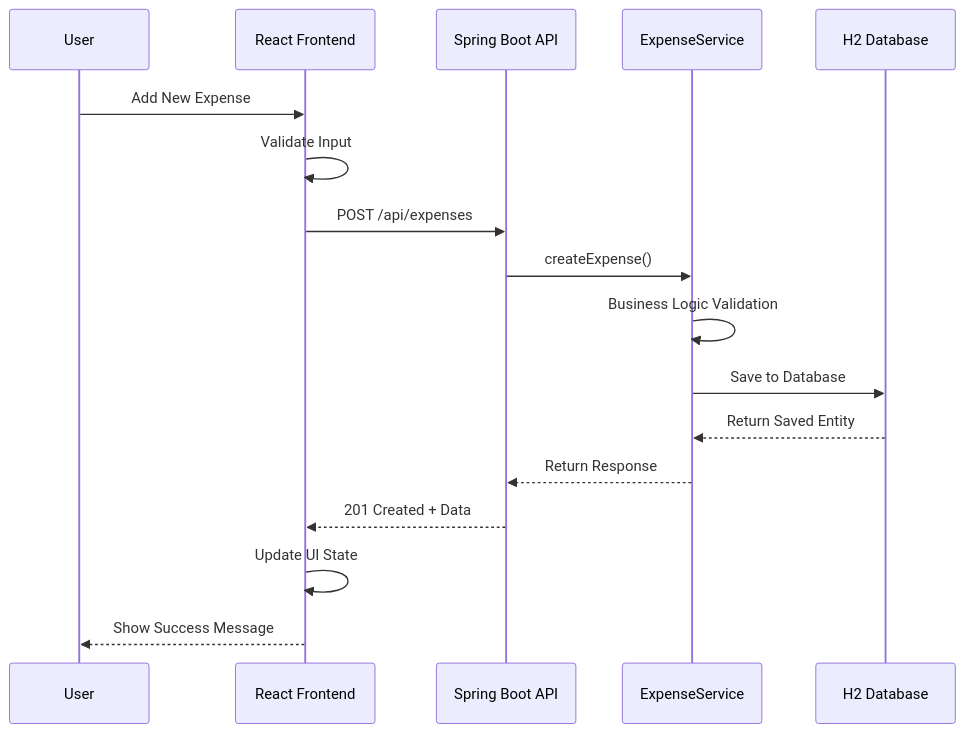
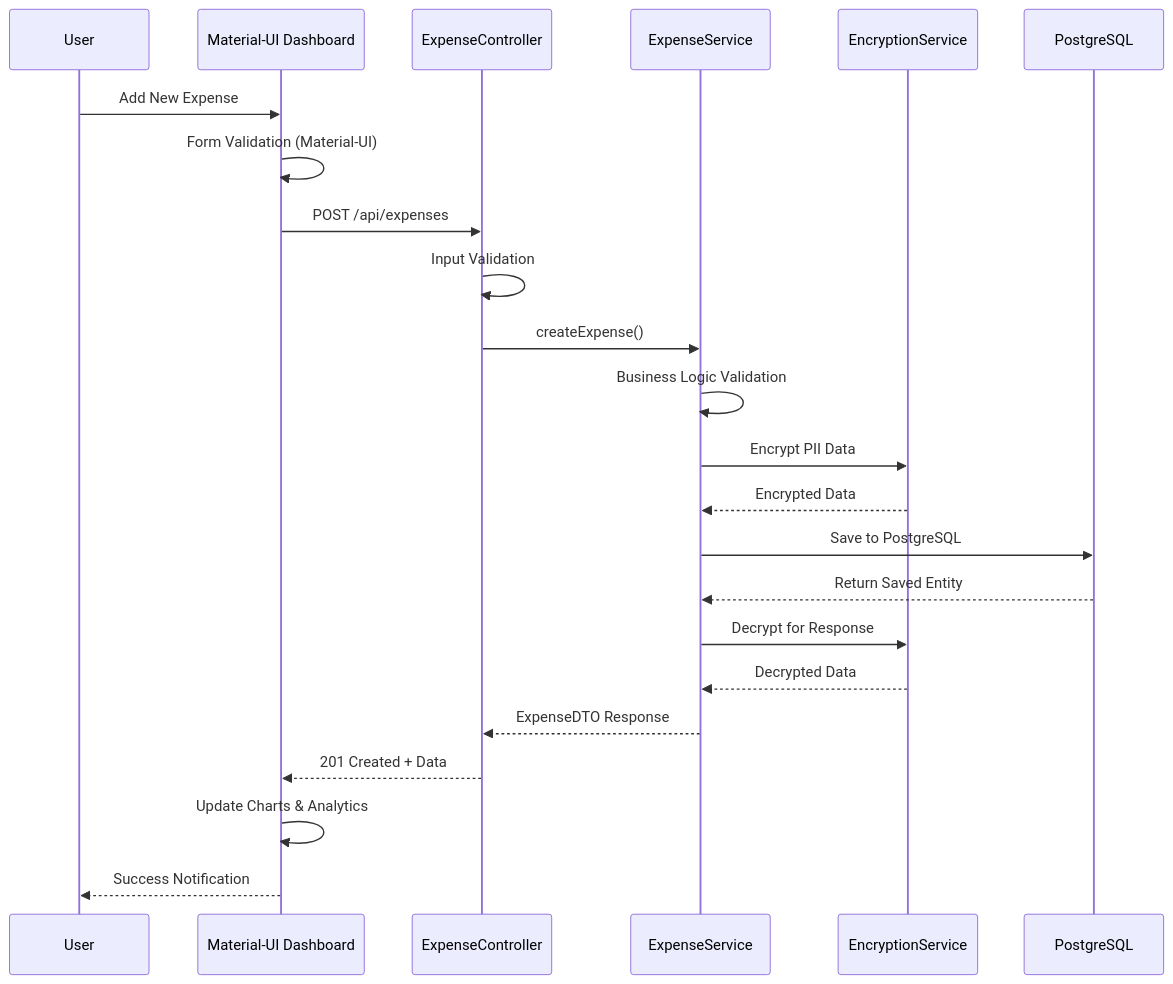
Before and after one commit to GiriSantosh/vibe-code-expense-tracker: the fourth of 7 diagrams in docs/architecture.md, drawn with Mermaid. The commit also changed other lines of this file and 76 other files, not shown here.

````diff
--- a/docs/architecture.md
+++ b/docs/architecture.md
@@ -47,20 +165,26 @@
 ```mermaid
 sequenceDiagram
     participant User
-    participant React as React Frontend
-    participant API as Spring Boot API
+    participant Dashboard as Material-UI Dashboard
+    participant Controller as ExpenseController
     participant Service as ExpenseService
-    participant DB as H2 Database
+    participant Encryption as EncryptionService
+    participant DB as PostgreSQL
     
-    User->>React: Add New Expense
-    React->>React: Validate Input
-    React->>API: POST /api/expenses
-    API->>Service: createExpense()
+    User->>Dashboard: Add New Expense
+    Dashboard->>Dashboard: Form Validation (Material-UI)
+    Dashboard->>Controller: POST /api/expenses
+    Controller->>Controller: Input Validation
+    Controller->>Service: createExpense()
     Service->>Service: Business Logic Validation
-    Service->>DB: Save to Database
+    Service->>Encryption: Encrypt PII Data
+    Encryption-->>Service: Encrypted Data
+    Service->>DB: Save to PostgreSQL
     DB-->>Service: Return Saved Entity
-    Service-->>API: Return Response
-    API-->>React: 201 Created + Data
-    React->>React: Update UI State
-    React-->>User: Show Success Message
+    Service->>Encryption: Decrypt for Response
+    Encryption-->>Service: Decrypted Data
+    Service-->>Controller: ExpenseDTO Response
+    Controller-->>Dashboard: 201 Created + Data
+    Dashboard->>Dashboard: Update Charts & Analytics
+    Dashboard-->>User: Success Notification
 ```
````
